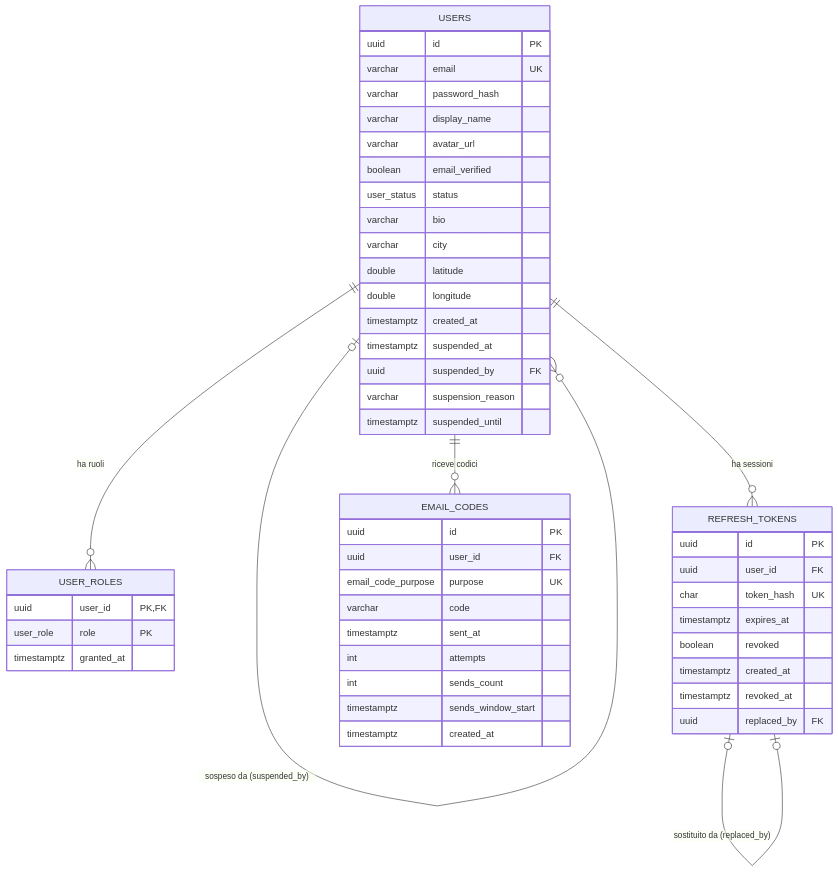
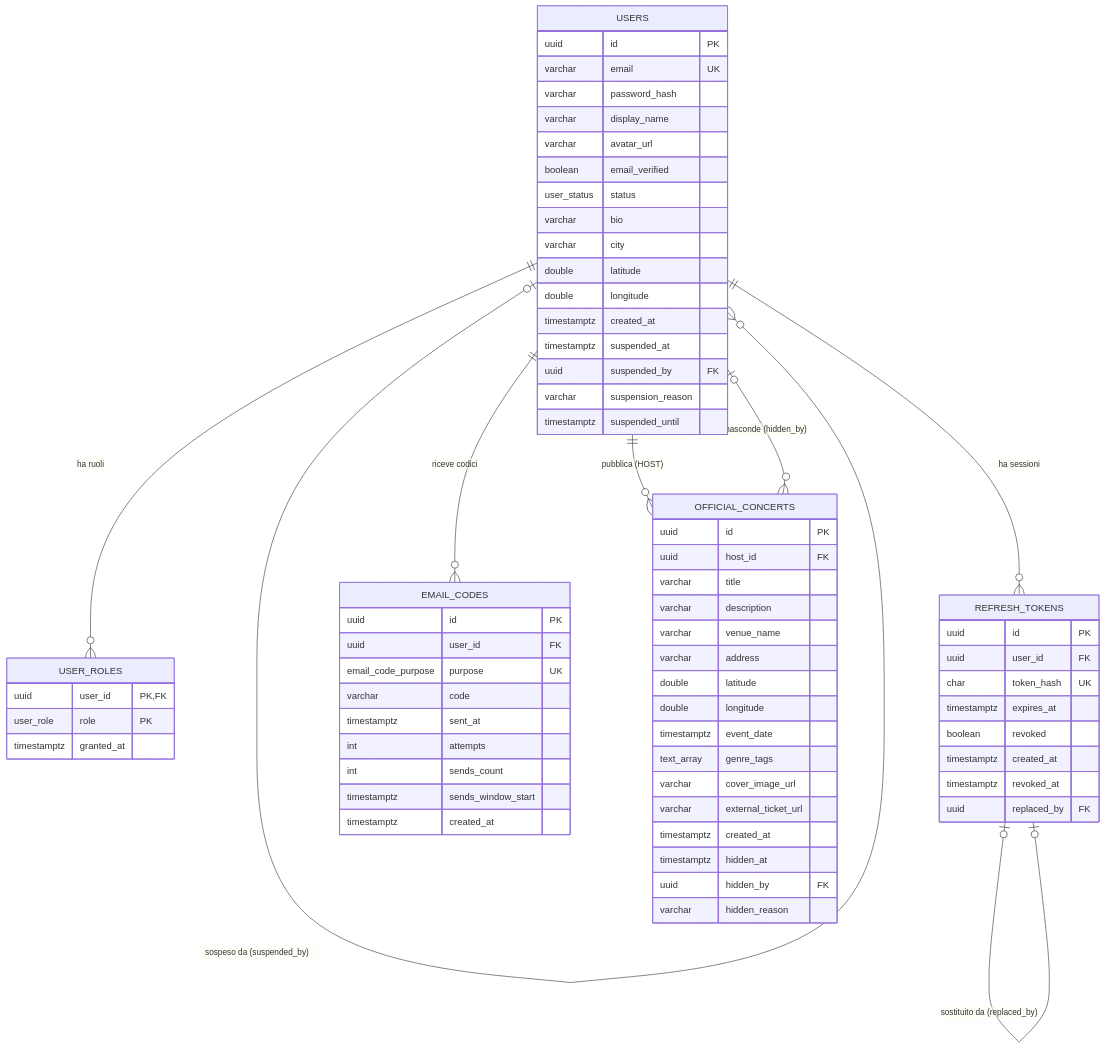
Before and after one commit to AlbertoRazzolini/Resonance_app: the diagram in docs/schema-db.md, drawn with Mermaid. The commit also changed other lines of this file and 24 other files, not shown here.

````diff
--- a/docs/schema-db.md
+++ b/docs/schema-db.md
@@ -118,56 +153,77 @@
 ```mermaid
 erDiagram
     USERS ||--o{ USER_ROLES : "ha ruoli"
     USERS |o--o{ USERS : "sospeso da (suspended_by)"
     USERS ||--o{ REFRESH_TOKENS : "ha sessioni"
     REFRESH_TOKENS |o--o| REFRESH_TOKENS : "sostituito da (replaced_by)"
     USERS ||--o{ EMAIL_CODES : "riceve codici"
+    USERS ||--o{ OFFICIAL_CONCERTS : "pubblica (HOST)"
+    USERS |o--o{ OFFICIAL_CONCERTS : "nasconde (hidden_by)"
 
     USERS {
         uuid id PK
         varchar email UK
         varchar password_hash
         varchar display_name
         varchar avatar_url
         boolean email_verified
         user_status status
         varchar bio
         varchar city
         double latitude
         double longitude
         timestamptz created_at
         timestamptz suspended_at
         uuid suspended_by FK
         varchar suspension_reason
         timestamptz suspended_until
     }
 
     USER_ROLES {
         uuid user_id PK, FK
         user_role role PK
         timestamptz granted_at
     }
 
     REFRESH_TOKENS {
         uuid id PK
         uuid user_id FK
         char token_hash UK
         timestamptz expires_at
         boolean revoked
         timestamptz created_at
         timestamptz revoked_at
         uuid replaced_by FK
     }
 
     EMAIL_CODES {
         uuid id PK
         uuid user_id FK
         email_code_purpose purpose UK
         varchar code
         timestamptz sent_at
         int attempts
         int sends_count
         timestamptz sends_window_start
         timestamptz created_at
     }
+
+    OFFICIAL_CONCERTS {
+        uuid id PK
+        uuid host_id FK
+        varchar title
+        varchar description
+        varchar venue_name
+        varchar address
+        double latitude
+        double longitude
+        timestamptz event_date
+        text_array genre_tags
+        varchar cover_image_url
+        varchar external_ticket_url
+        timestamptz created_at
+        timestamptz hidden_at
+        uuid hidden_by FK
+        varchar hidden_reason
+    }
 ```
````
